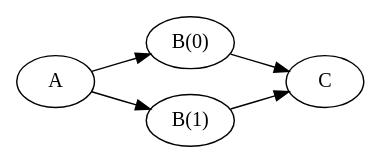
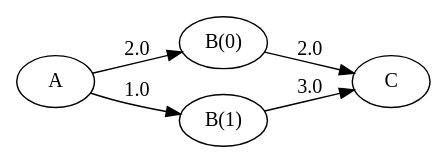
The diagram in doc/dox/user/simple.dot (TESSEorg/ttg), drawn with Graphviz before and after one commit. The commit also changed 8 other files, not shown here.

```diff
--- a/doc/dox/user/simple.dot
+++ b/doc/dox/user/simple.dot
@@ -1,9 +1,9 @@
 Digraph G {
 rankdir="LR";
 B0 [label="B(0)"];
 B1 [label="B(1)"];
-A -> B1;
-A -> B0;
-B0 -> C;
-B1 -> C;
+A -> B1 [label="1.0"];
+A -> B0 [label="2.0"];
+B0 -> C [label="2.0"];
+B1 -> C [label="3.0"];
 }
```
